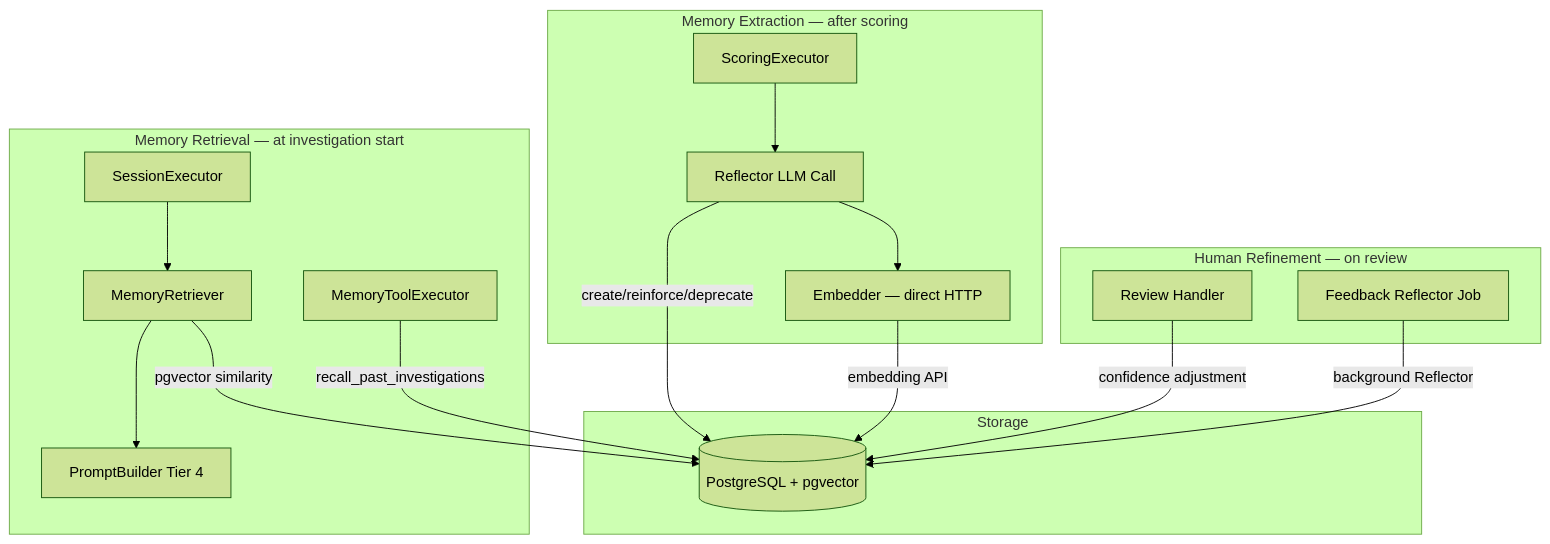
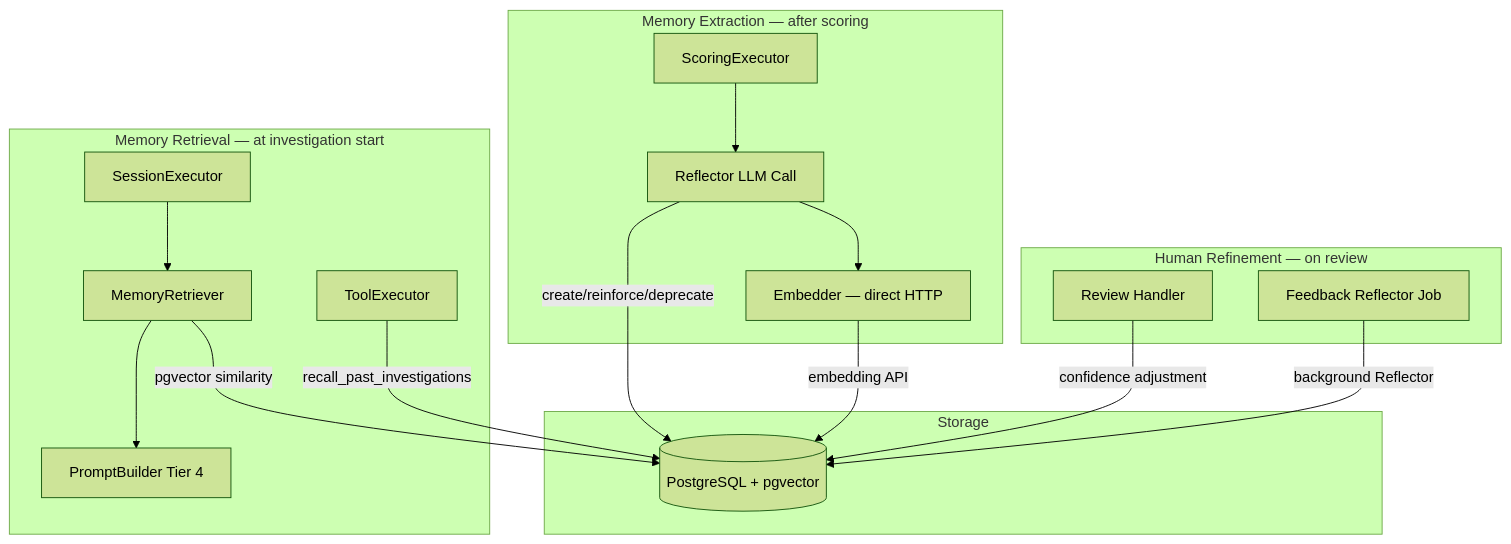
One commit to codeready-toolchain/tarsy changed the ninth of 10 diagrams in docs/functional-areas-design.md. Above: the diagram before and after it, drawn with Mermaid (forest theme). The commit also changed other lines of this file, not shown here.

````diff
--- a/docs/functional-areas-design.md
+++ b/docs/functional-areas-design.md
@@ -1190,37 +1190,37 @@
 ```mermaid
 graph TB
     subgraph extraction [Memory Extraction — after scoring]
         ScoringExec[ScoringExecutor]
         Reflector[Reflector LLM Call]
         Embedder[Embedder — direct HTTP]
     end
 
     subgraph storage [Storage]
         DB[(PostgreSQL + pgvector)]
     end
 
     subgraph retrieval [Memory Retrieval — at investigation start]
         SessionExec[SessionExecutor]
         Retriever[MemoryRetriever]
         PromptBuilder[PromptBuilder Tier 4]
-        ToolExec[MemoryToolExecutor]
+        ToolExec[ToolExecutor]
     end
 
     subgraph refinement [Human Refinement — on review]
         ReviewHandler[Review Handler]
         FeedbackJob[Feedback Reflector Job]
     end
 
     ScoringExec --> Reflector
     Reflector -->|create/reinforce/deprecate| DB
     Reflector --> Embedder
     Embedder -->|embedding API| DB
 
     SessionExec --> Retriever
     Retriever -->|pgvector similarity| DB
     Retriever --> PromptBuilder
     ToolExec -->|recall_past_investigations| DB
 
     ReviewHandler -->|confidence adjustment| DB
     FeedbackJob -->|background Reflector| DB
 ```
````
